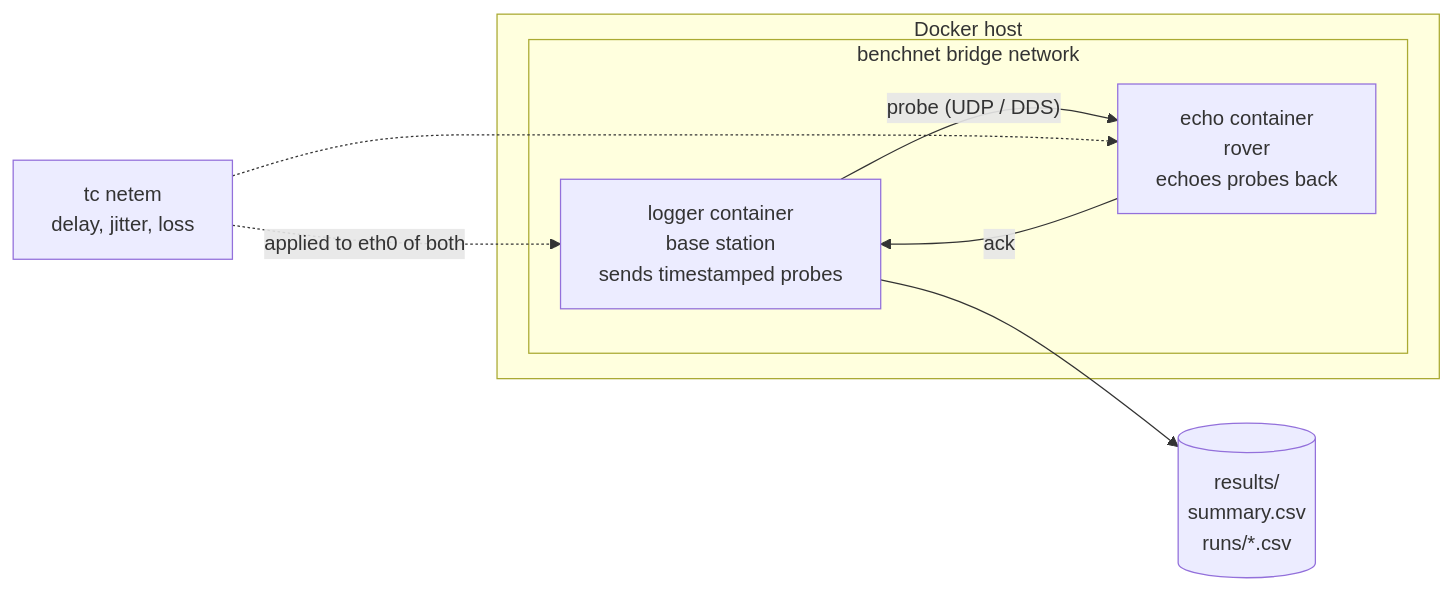
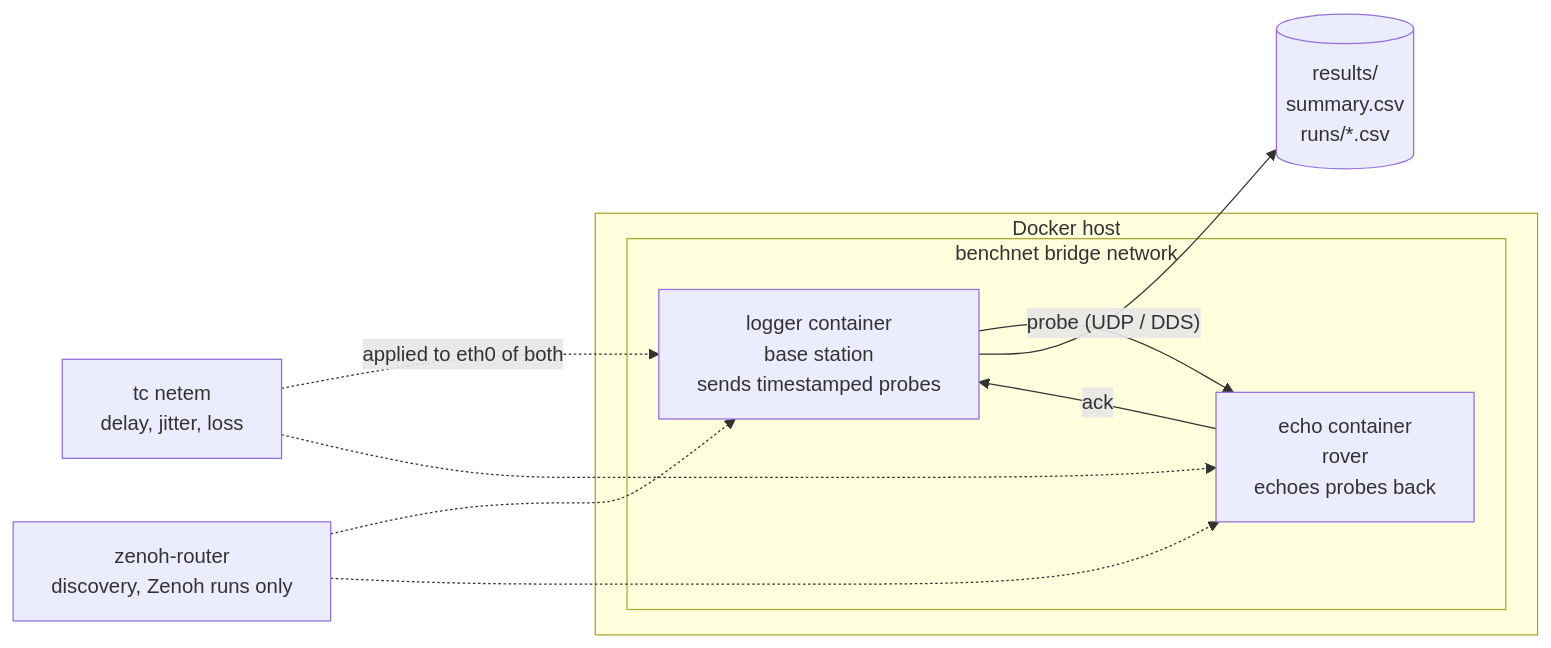
Before and after one commit to aayan-h102/ros2-net-bench: the diagram in README.md, drawn with Mermaid. The commit also changed other lines of this file and 8 other files, not shown here.

````diff
--- a/README.md
+++ b/README.md
@@ -11,12 +11,14 @@
 ```mermaid
 flowchart LR
     subgraph host[Docker host]
         subgraph net[benchnet bridge network]
             L[logger container<br/>base station<br/>sends timestamped probes] -- "probe (UDP / DDS)" --> E[echo container<br/>rover<br/>echoes probes back]
             E -- ack --> L
         end
     end
     L --> R[(results/<br/>summary.csv<br/>runs/*.csv)]
     N[tc netem<br/>delay, jitter, loss] -.applied to eth0 of both.-> L
     N -.-> E
+    Z[zenoh-router<br/>discovery, Zenoh runs only] -.-> L
+    Z -.-> E
 ```
````
